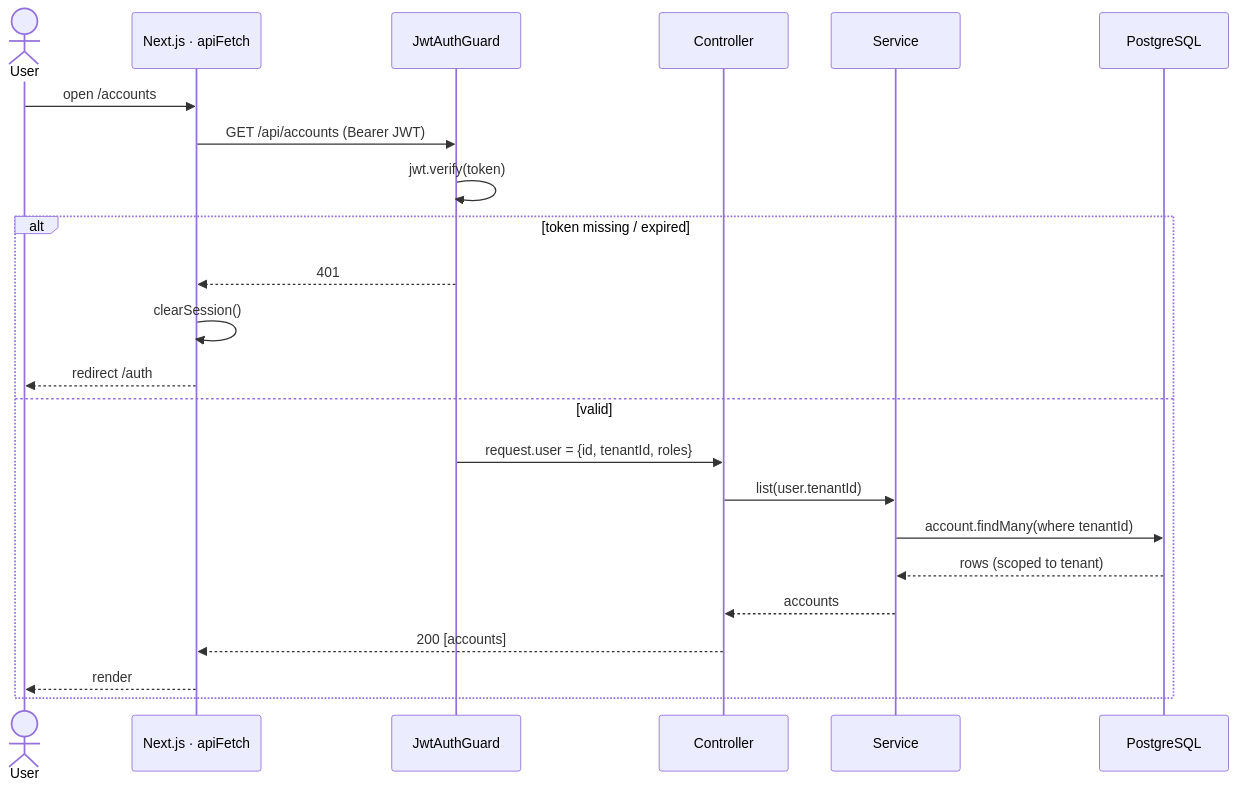
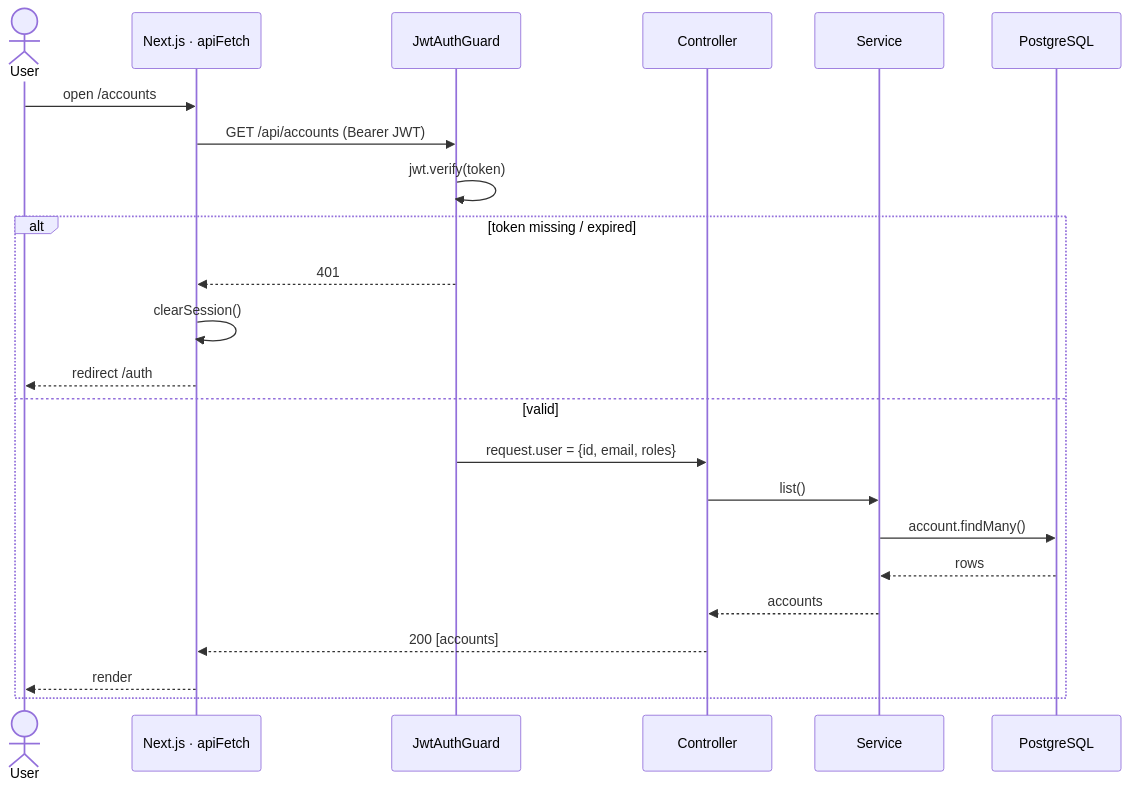
The second of 5 diagrams in docs/sequence-diagrams.md (BirhanuB123/BetFlow-CRM), drawn with Mermaid before and after one commit. The commit also changed other lines of this file and 229 other files, not shown here.

````diff
--- a/docs/sequence-diagrams.md
+++ b/docs/sequence-diagrams.md
@@ -55,26 +48,26 @@
 ```mermaid
 sequenceDiagram
     actor User
     participant Web as Next.js · apiFetch
     participant Guard as JwtAuthGuard
     participant Ctrl as Controller
     participant Svc as Service
     participant DB as PostgreSQL
 
     User->>Web: open /accounts
     Web->>Guard: GET /api/accounts (Bearer JWT)
     Guard->>Guard: jwt.verify(token)
     alt token missing / expired
         Guard-->>Web: 401
         Web->>Web: clearSession()
         Web-->>User: redirect /auth
     else valid
-        Guard->>Ctrl: request.user = {id, tenantId, roles}
-        Ctrl->>Svc: list(user.tenantId)
-        Svc->>DB: account.findMany(where tenantId)
-        DB-->>Svc: rows (scoped to tenant)
+        Guard->>Ctrl: request.user = {id, email, roles}
+        Ctrl->>Svc: list()
+        Svc->>DB: account.findMany()
+        DB-->>Svc: rows
         Svc-->>Ctrl: accounts
         Ctrl-->>Web: 200 [accounts]
         Web-->>User: render
     end
 ```
````
